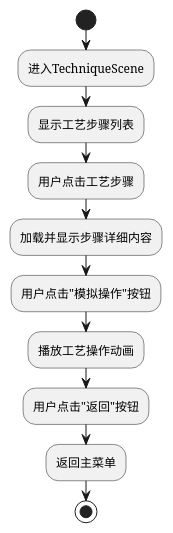
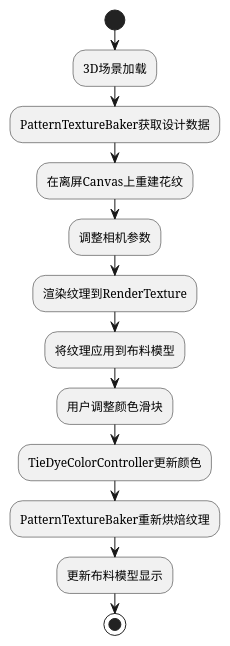
The fifth of 9 diagrams in Assets/Report/系统设计报告.md (eeeedddduuuu/TieDyeGit), drawn with PlantUML before and after one commit. The commit also changed other lines of this file and 20 other files, not shown here.

````diff
--- a/Assets/Report/系统设计报告.md
+++ b/Assets/Report/系统设计报告.md
@@ -239,14 +195,19 @@
 ```plantuml
 @startuml
 start
-:进入TechniqueScene;
-:显示工艺步骤列表;
-:用户点击工艺步骤;
-:加载并显示步骤详细内容;
-:用户点击"模拟操作"按钮;
-:播放工艺操作动画;
-:用户点击"返回"按钮;
-:返回主菜单;
+
+:3D场景加载;
+:PatternTextureBaker获取设计数据;
+:在离屏Canvas上重建花纹;
+:调整相机参数;
+:渲染纹理到RenderTexture;
+:将纹理应用到布料模型;
+
+:用户调整颜色滑块;
+:TieDyeColorController更新颜色;
+:PatternTextureBaker重新烘焙纹理;
+:更新布料模型显示;
+
 stop
 @enduml
 ```
````
